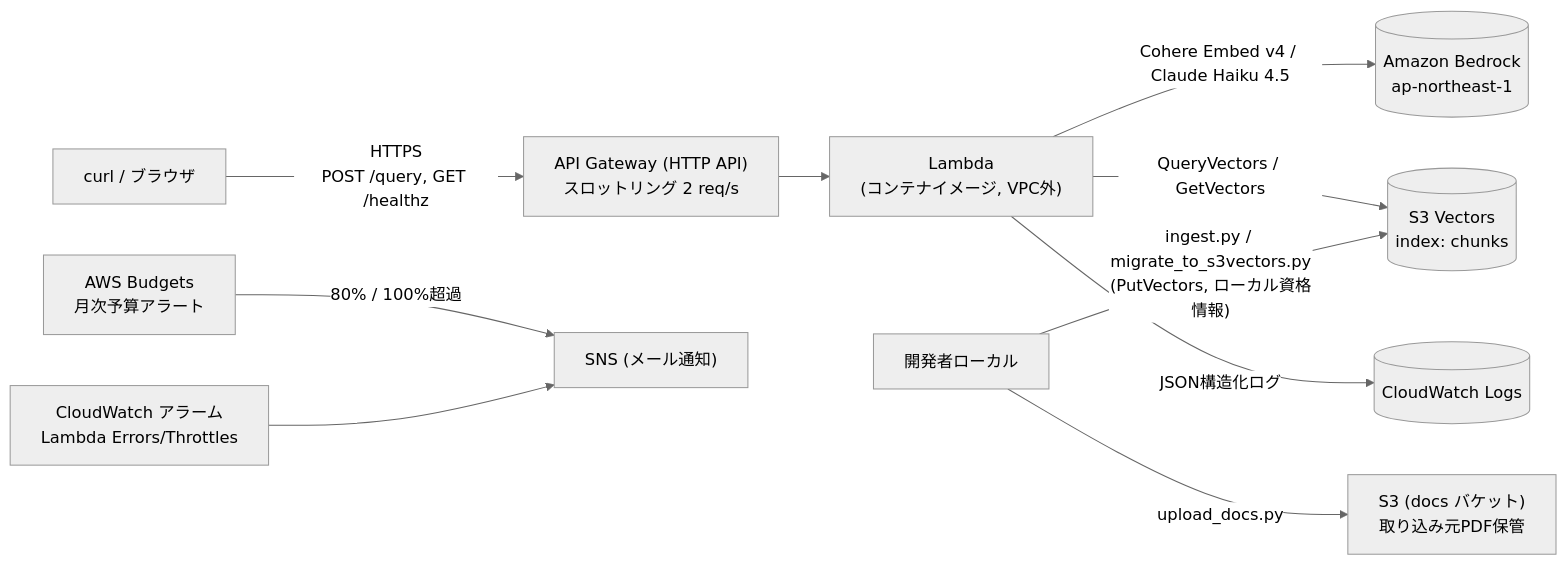
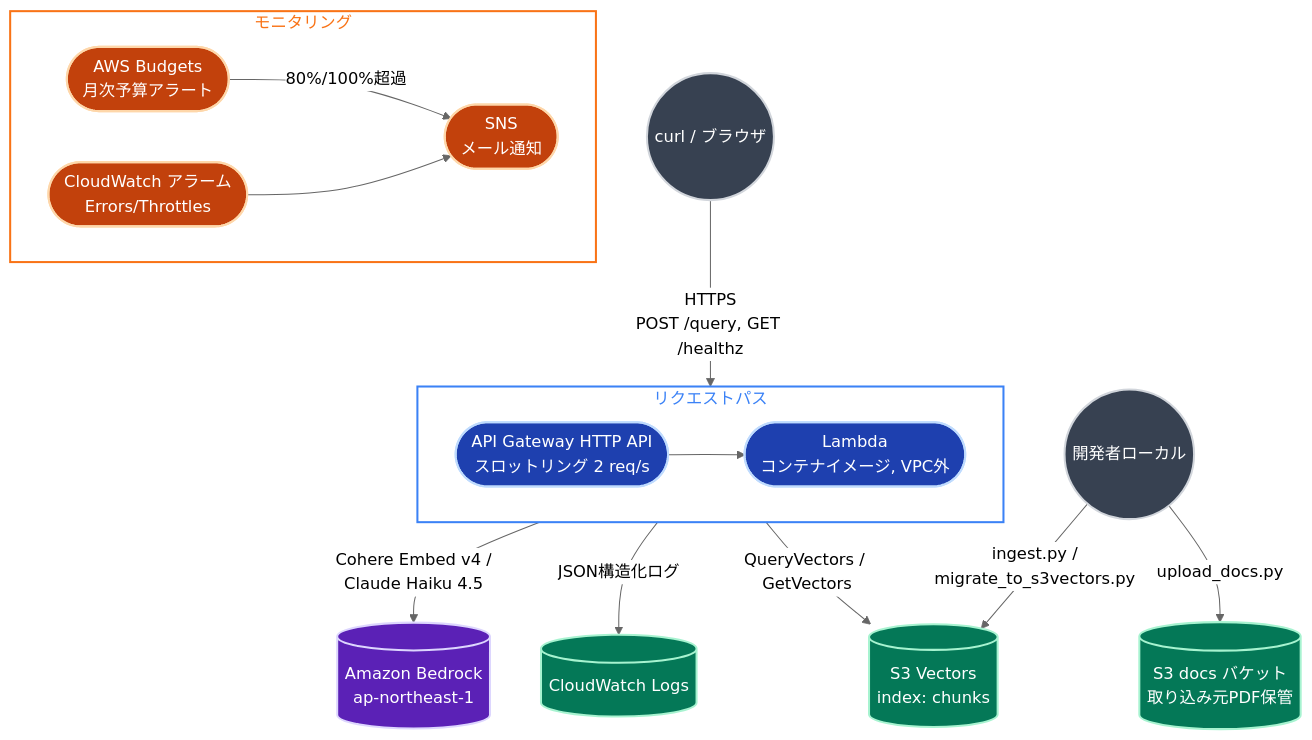
Before and after one commit to yasaims/LLMOps-RAG: the second of 3 diagrams in docs/architecture.md, drawn with Mermaid (neutral theme). The commit also changed other lines of this file, not shown here.

Commit message:
Fix arch diagrams; rewrote with skill

````diff
--- a/docs/architecture.md
+++ b/docs/architecture.md
@@ -27,14 +42,31 @@
 ```mermaid
-flowchart LR
-    client["curl / ブラウザ"] -->|"HTTPS\nPOST /query, GET /healthz"| apigw["API Gateway (HTTP API)\nスロットリング 2 req/s"]
-    apigw --> lambda["Lambda\n(コンテナイメージ, VPC外)"]
-    lambda -->|"Cohere Embed v4 / Claude Haiku 4.5"| bedrock[("Amazon Bedrock\nap-northeast-1")]
-    lambda -->|"QueryVectors / GetVectors"| s3v[("S3 Vectors\nindex: chunks")]
-    lambda -->|"JSON構造化ログ"| logs[("CloudWatch Logs")]
+flowchart TB
+    classDef user fill:#374151,stroke:#d1d5db,stroke-width:2px,color:#fff
+    classDef compute fill:#1e40af,stroke:#bfdbfe,stroke-width:2px,color:#fff
+    classDef storage fill:#047857,stroke:#a7f3d0,stroke-width:2px,color:#fff
+    classDef external fill:#5b21b6,stroke:#ddd6fe,stroke-width:2px,color:#fff
+    classDef monitor fill:#c2410c,stroke:#fed7aa,stroke-width:2px,color:#fff
 
-    dev["開発者ローカル"] -->|"upload_docs.py"| docs["S3 (docs バケット)\n取り込み元PDF保管"]
-    dev -->|"ingest.py / migrate_to_s3vectors.py\n(PutVectors, ローカル資格情報)"| s3v
+    client((curl / ブラウザ)):::user -->|"HTTPS<br/>POST /query, GET /healthz"| apigw
 
-    budgets["AWS Budgets\n月次予算アラート"] -->|"80% / 100%超過"| sns["SNS (メール通知)"]
-    cwalarm["CloudWatch アラーム\nLambda Errors/Throttles"] --> sns
+    subgraph request["リクエストパス"]
+        direction LR
+        apigw(["API Gateway HTTP API<br/>スロットリング 2 req/s"]):::compute --> lambda(["Lambda<br/>コンテナイメージ, VPC外"]):::compute
+    end
+
+    lambda -->|"Cohere Embed v4 /<br/>Claude Haiku 4.5"| bedrock[("Amazon Bedrock<br/>ap-northeast-1")]:::external
+    lambda -->|"QueryVectors / GetVectors"| s3v[("S3 Vectors<br/>index: chunks")]:::storage
+    lambda -->|"JSON構造化ログ"| logs[("CloudWatch Logs")]:::storage
+
+    dev((開発者ローカル)):::user -->|"upload_docs.py"| docs[("S3 docs バケット<br/>取り込み元PDF保管")]:::storage
+    dev -->|"ingest.py /<br/>migrate_to_s3vectors.py"| s3v
+
+    subgraph monitoring["モニタリング"]
+        direction LR
+        budgets(["AWS Budgets<br/>月次予算アラート"]):::monitor -->|"80%/100%超過"| sns(["SNS<br/>メール通知"]):::monitor
+        cwalarm(["CloudWatch アラーム<br/>Errors/Throttles"]):::monitor --> sns
+    end
+
+    style request fill:none,stroke:#3b82f6,stroke-width:2px,color:#3b82f6
+    style monitoring fill:none,stroke:#f97316,stroke-width:2px,color:#f97316
 ```
````
